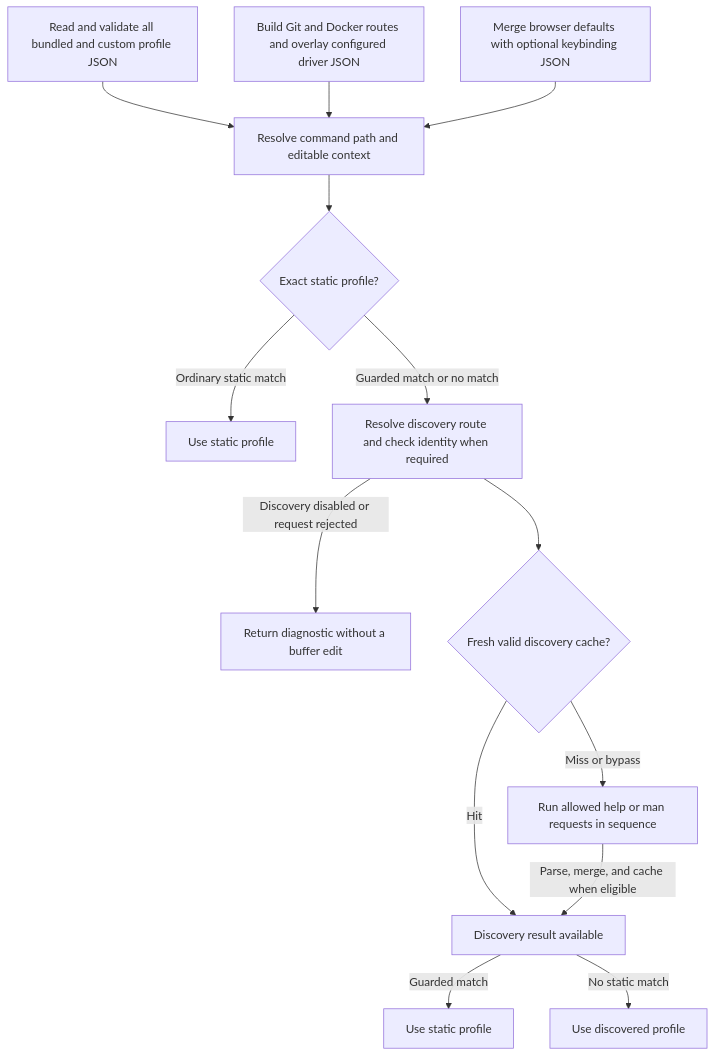
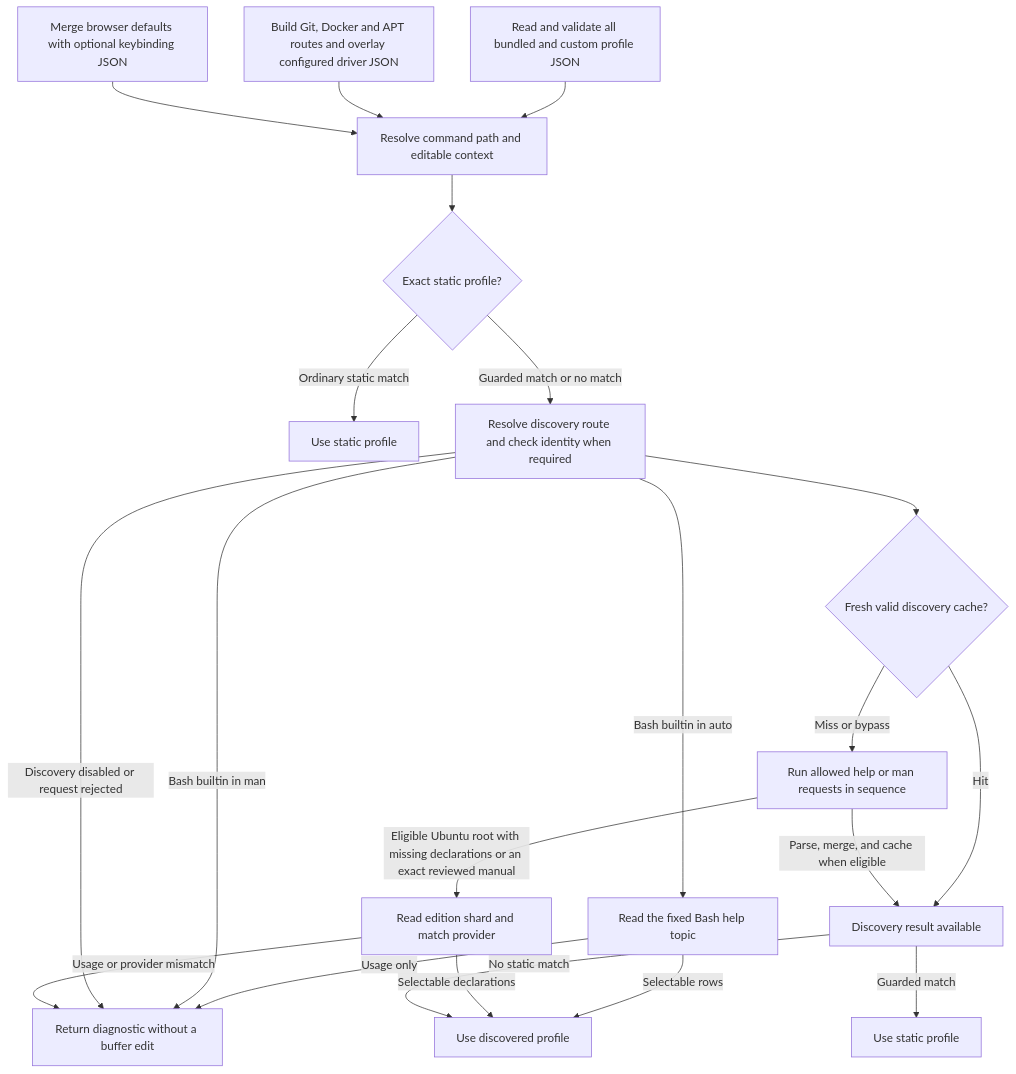
The second of 3 diagrams in docs/runtime-architecture.md (Usrnmna/CLI-InteractiveHelpMenu), drawn with Mermaid before and after one commit. The commit also changed other lines of this file and 41 other files, not shown here.

````diff
--- a/docs/runtime-architecture.md
+++ b/docs/runtime-architecture.md
@@ -44,16 +44,23 @@
 ```mermaid
 flowchart TD
     P["Read and validate all bundled and custom profile JSON"] --> C["Resolve command path and editable context"]
-    D["Build Git and Docker routes and overlay configured driver JSON"] --> C
+    D["Build Git, Docker and APT routes and overlay configured driver JSON"] --> C
     K["Merge browser defaults with optional keybinding JSON"] --> C
     C --> S{"Exact static profile?"}
     S -->|"Ordinary static match"| B["Use static profile"]
     S -->|"Guarded match or no match"| F["Resolve discovery route and check identity when required"]
+    F -->|"Bash builtin in auto"| T["Read the fixed Bash help topic"]
+    T -->|"Selectable rows"| A
+    T -->|"Usage only"| X
+    F -->|"Bash builtin in man"| X
     F -->|"Discovery disabled or request rejected"| X["Return diagnostic without a buffer edit"]
     F --> H{"Fresh valid discovery cache?"}
     H -->|Hit| M["Discovery result available"]
     H -->|"Miss or bypass"| Q["Run allowed help or man requests in sequence"]
     Q -->|"Parse, merge, and cache when eligible"| M
+    Q -->|"Eligible Ubuntu root with missing declarations or an exact reviewed manual"| U["Read edition shard and match provider"]
+    U -->|"Selectable declarations"| A
+    U -->|"Usage or provider mismatch"| X
     M -->|"Guarded match"| G["Use static profile"]
     M -->|"No static match"| A["Use discovered profile"]
 ```
````
